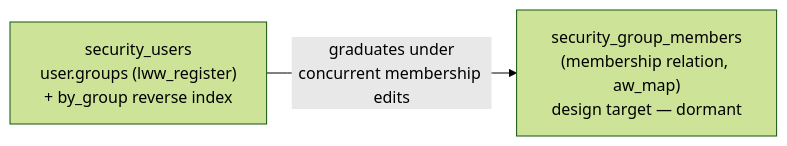
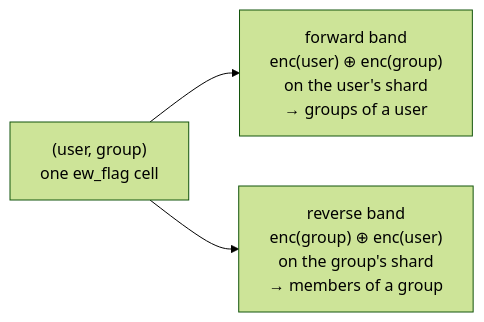
The fourth of 4 diagrams in apps/bondy_db/doc_extras/architecture/07_app_developers_tour.md (fer-c/bondy), drawn with Mermaid (forest theme) before and after one commit. The commit also changed other lines of this file and 94 other files, not shown here.

````diff
--- a/apps/bondy_db/doc_extras/architecture/07_app_developers_tour.md
+++ b/apps/bondy_db/doc_extras/architecture/07_app_developers_tour.md
@@ -358,7 +373,9 @@
 ```mermaid
 flowchart LR
-    FWD["security_users<br/>user.groups (lww_register)<br/>+ by_group reverse index"]
-    AW["security_group_members<br/>(membership relation, aw_map)<br/>design target — dormant"]
+    FACT["(user, group)<br/>one ew_flag cell"]
+    F["forward band<br/>enc(user) ⊕ enc(group)<br/>on the user's shard<br/>→ groups of a user"]
+    R["reverse band<br/>enc(group) ⊕ enc(user)<br/>on the group's shard<br/>→ members of a group"]
 
-    FWD -->|"graduates under<br/>concurrent membership edits"| AW
+    FACT --> F
+    FACT --> R
 ```
````
